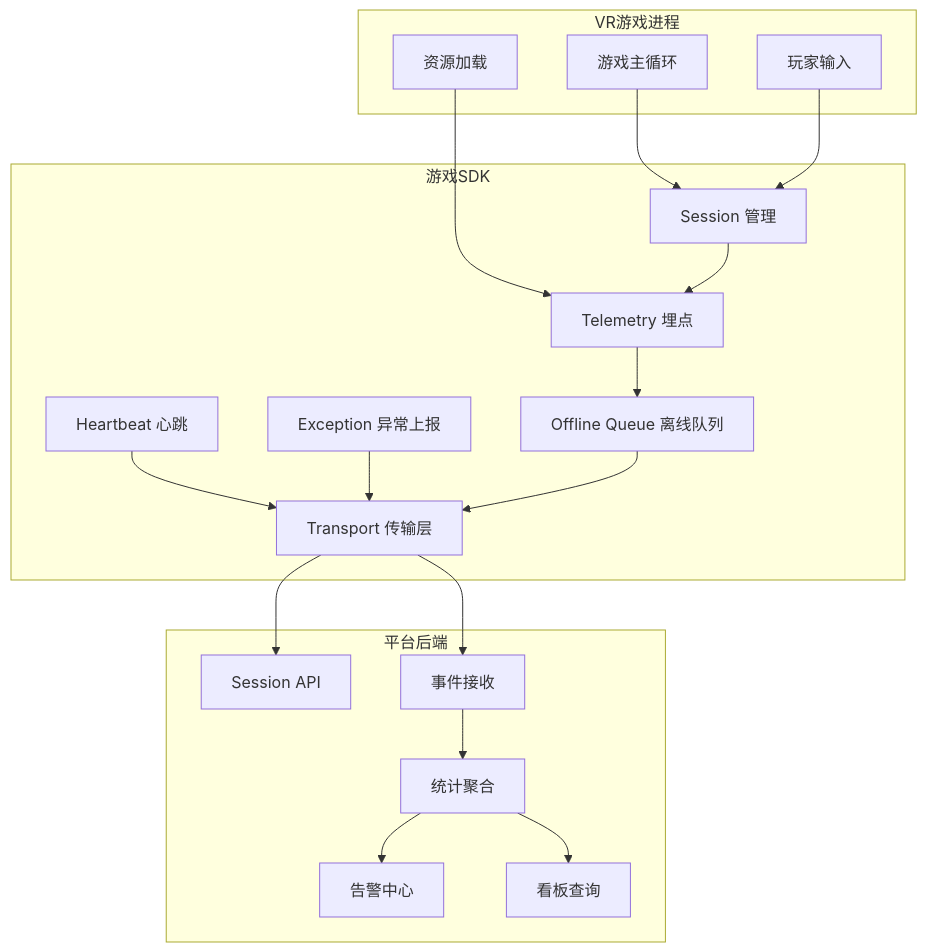
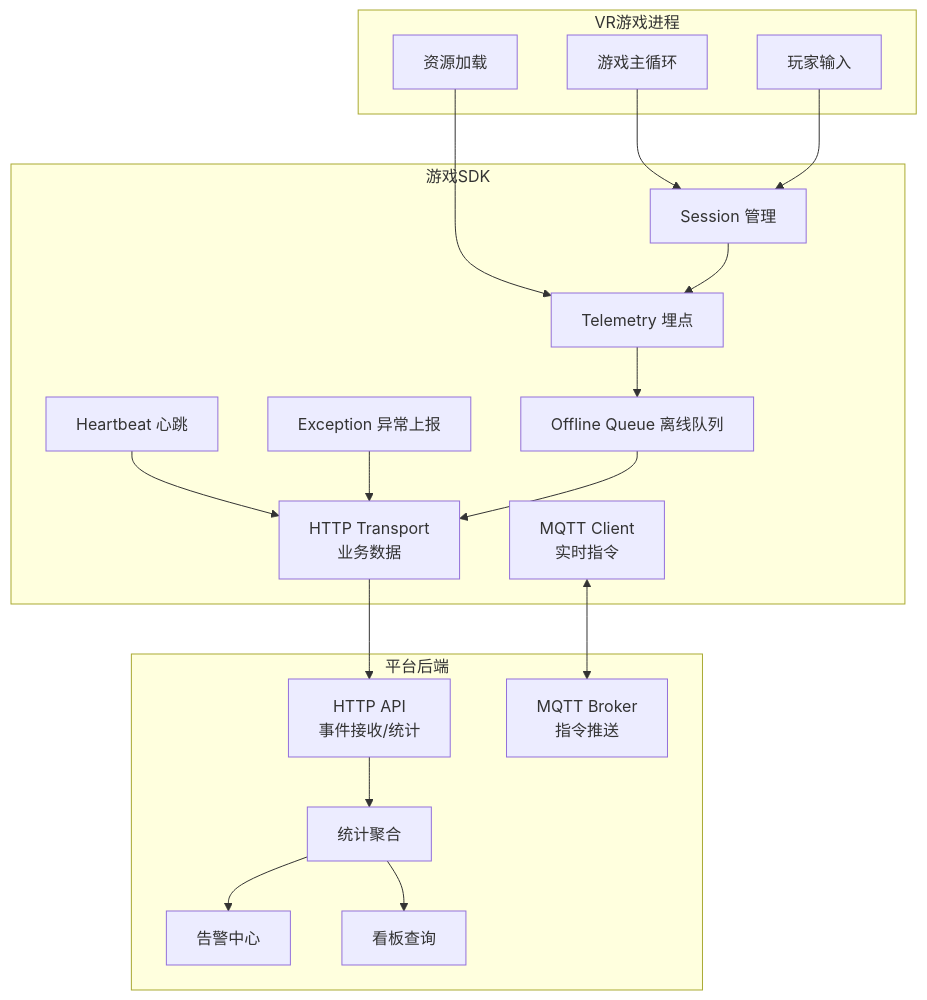
The first of 3 diagrams in docs/游戏SDK开发文档.md (andy685/VRtouhaokongjian), drawn with Mermaid before and after one commit. The commit also changed other lines of this file and 36 other files, not shown here.

````diff
--- a/docs/游戏SDK开发文档.md
+++ b/docs/游戏SDK开发文档.md
@@ -83,39 +97,40 @@
 ```mermaid
 flowchart TB
     subgraph Game["VR游戏进程"]
         G1["游戏主循环"]
         G2["资源加载"]
         G3["玩家输入"]
     end
 
     subgraph SDK["游戏SDK"]
         S1["Session 管理"]
         S2["Telemetry 埋点"]
         S3["Heartbeat 心跳"]
         S4["Exception 异常上报"]
         S5["Offline Queue 离线队列"]
-        S6["Transport 传输层"]
+        S6["HTTP Transport<br/>业务数据"]
+        S7["MQTT Client<br/>实时指令"]
     end
 
     subgraph Backend["平台后端"]
-        B1["Session API"]
-        B2["事件接收"]
+        B1["HTTP API<br/>事件接收/统计"]
+        B2["MQTT Broker<br/>指令推送"]
         B3["统计聚合"]
         B4["告警中心"]
         B5["看板查询"]
     end
 
     G1 --> S1
     G2 --> S2
     G3 --> S1
     S1 --> S2
     S3 --> S6
     S4 --> S6
     S2 --> S5
     S5 --> S6
     S6 --> B1
-    S6 --> B2
-    B2 --> B3
+    S7 <--> B2
+    B1 --> B3
     B3 --> B4
     B3 --> B5
 ```
````
